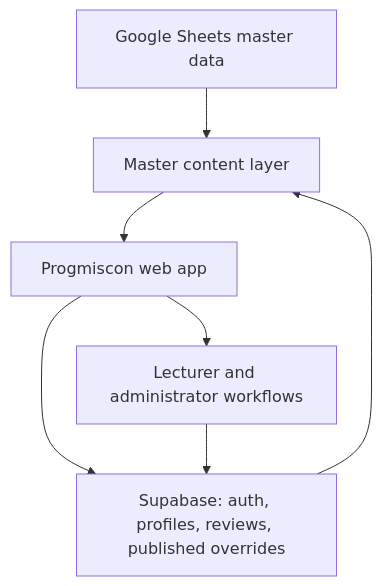
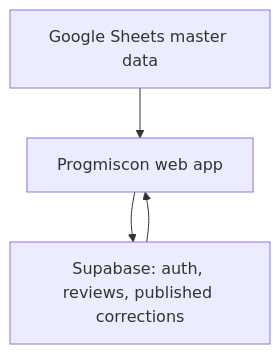
One commit to aisyyhf/progmiscon-web changed the diagram in README.md. Above: the diagram before and after it, drawn with Mermaid. The commit also changed other lines of this file, not shown here.

````diff
--- a/README.md
+++ b/README.md
@@ -79,9 +19,6 @@
 ```mermaid
 flowchart TD
-    A[Google Sheets master data] --> B[Master content layer]
-    B --> C[Progmiscon web app]
-    C --> D[Supabase: auth, profiles, reviews, published overrides]
-    C --> E[Lecturer and administrator workflows]
-    E --> D
-    D --> B
+    A[Google Sheets master data] --> B[Progmiscon web app]
+    B --> C[Supabase: auth, reviews, published corrections]
+    C --> B
 ```
````
